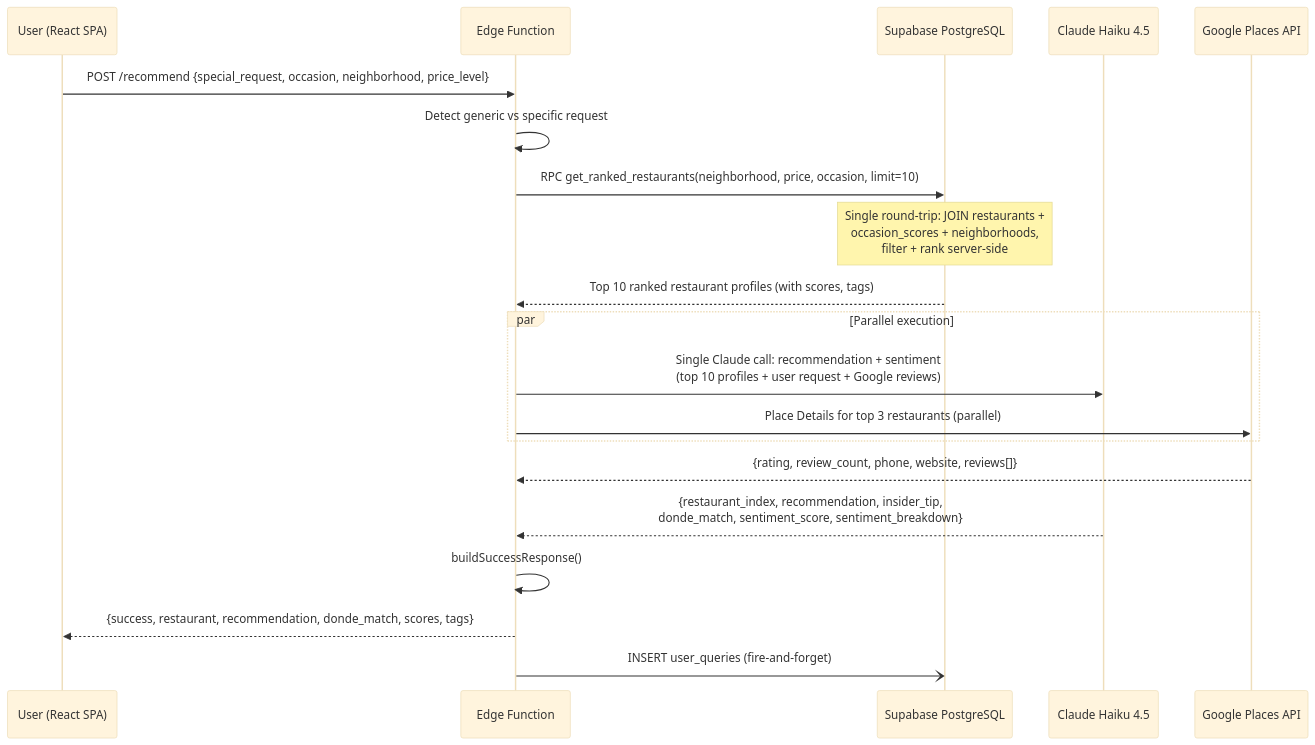
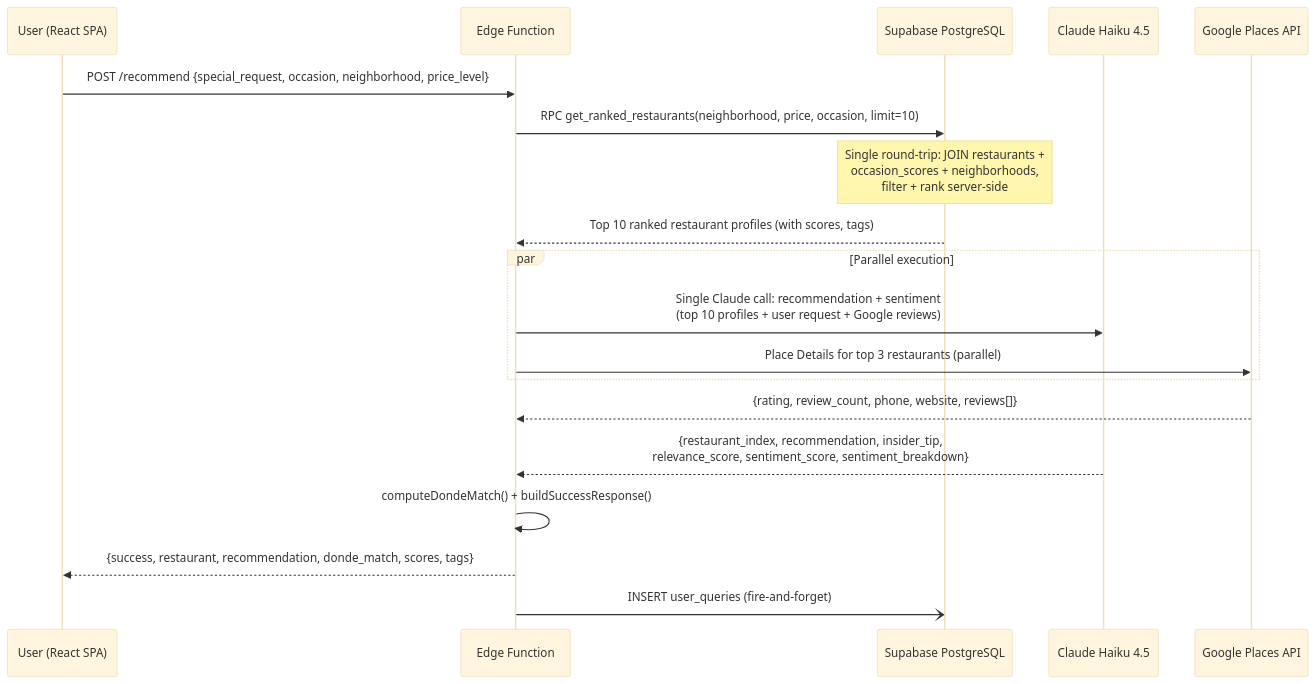
Before and after one commit to aacrit/dondeBackend: the second of 9 diagrams in docs/system-architecture.md, drawn with Mermaid (base theme). The commit also changed other lines of this file and 8 other files, not shown here.

````diff
--- a/docs/system-architecture.md
+++ b/docs/system-architecture.md
@@ -85,28 +65,26 @@
 ```mermaid
 sequenceDiagram
     participant U as User (React SPA)
     participant EF as Edge Function
     participant DB as Supabase PostgreSQL
     participant C as Claude Haiku 4.5
     participant G as Google Places API
 
     U->>EF: POST /recommend {special_request, occasion, neighborhood, price_level}
 
-    EF->>EF: Detect generic vs specific request
-
     EF->>DB: RPC get_ranked_restaurants(neighborhood, price, occasion, limit=10)
     Note over DB: Single round-trip: JOIN restaurants +<br/>occasion_scores + neighborhoods,<br/>filter + rank server-side
     DB-->>EF: Top 10 ranked restaurant profiles (with scores, tags)
 
     par Parallel execution
         EF->>C: Single Claude call: recommendation + sentiment<br/>(top 10 profiles + user request + Google reviews)
         EF->>G: Place Details for top 3 restaurants (parallel)
     end
     G-->>EF: {rating, review_count, phone, website, reviews[]}
-    C-->>EF: {restaurant_index, recommendation, insider_tip,<br/>donde_match, sentiment_score, sentiment_breakdown}
+    C-->>EF: {restaurant_index, recommendation, insider_tip,<br/>relevance_score, sentiment_score, sentiment_breakdown}
 
-    EF->>EF: buildSuccessResponse()
+    EF->>EF: computeDondeMatch() + buildSuccessResponse()
     EF-->>U: {success, restaurant, recommendation, donde_match, scores, tags}
 
     EF-)DB: INSERT user_queries (fire-and-forget)
 ```
````
